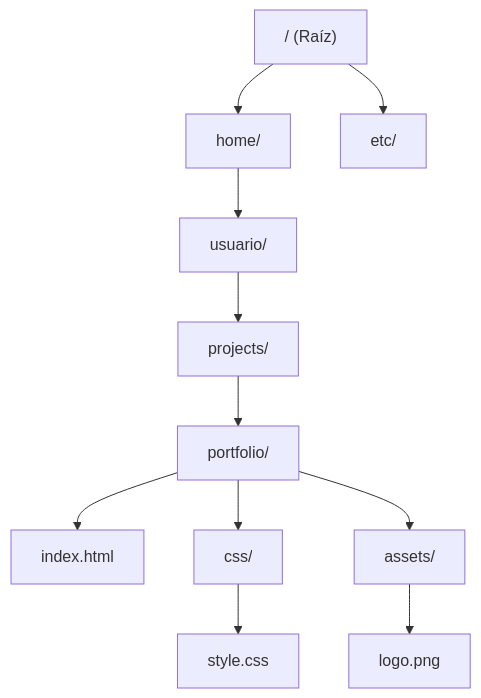
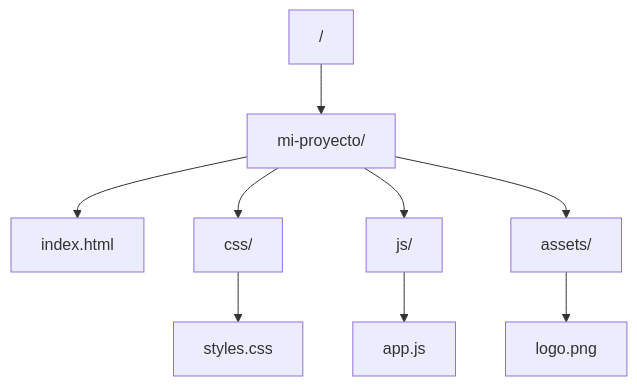
One commit to 4GeeksAcademy/dsmora-aie-pt-02 changed the diagram in class_04/resume_01.md. Above: the diagram before and after it, drawn with Mermaid. The commit also changed other lines of this file and 10 other files, not shown here.

````diff
--- a/class_04/resume_01.md
+++ b/class_04/resume_01.md
@@ -15,13 +36,11 @@
 ```mermaid
 graph TD
-    Root["/ (Raíz)"] --> Home["home/"]
-    Root --> Etc["etc/"]
-    Home --> User["usuario/"]
-    User --> Projects["projects/"]
-    Projects --> Portfolio["portfolio/"]
-    Portfolio --> Index["index.html"]
-    Portfolio --> CSS["css/"]
-    Portfolio --> Assets["assets/"]
-    CSS --> Style["style.css"]
-    Assets --> Logo["logo.png"]
+        Root["/"] --> Project["mi-proyecto/"]
+        Project --> Index["index.html"]
+        Project --> CSS["css/"]
+        Project --> JS["js/"]
+        Project --> Assets["assets/"]
+        CSS --> Style["styles.css"]
+        JS --> App["app.js"]
+        Assets --> Img["logo.png"]
 ```
````
